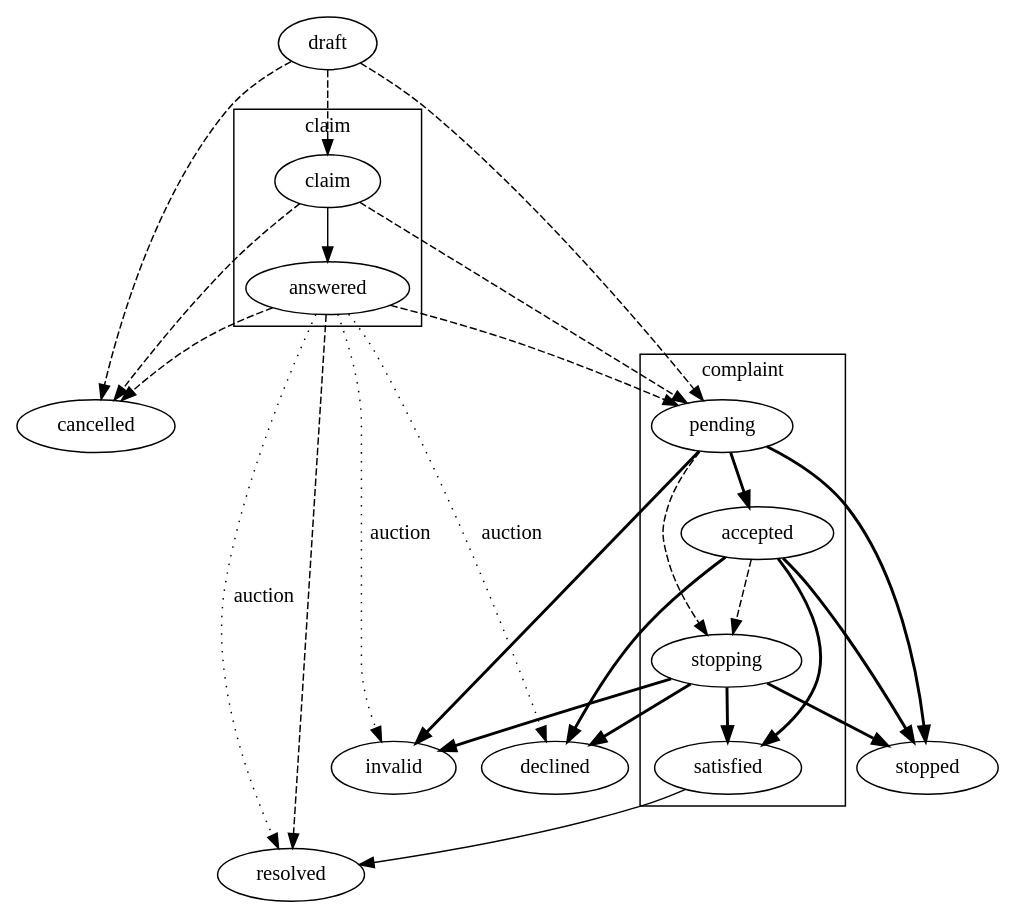
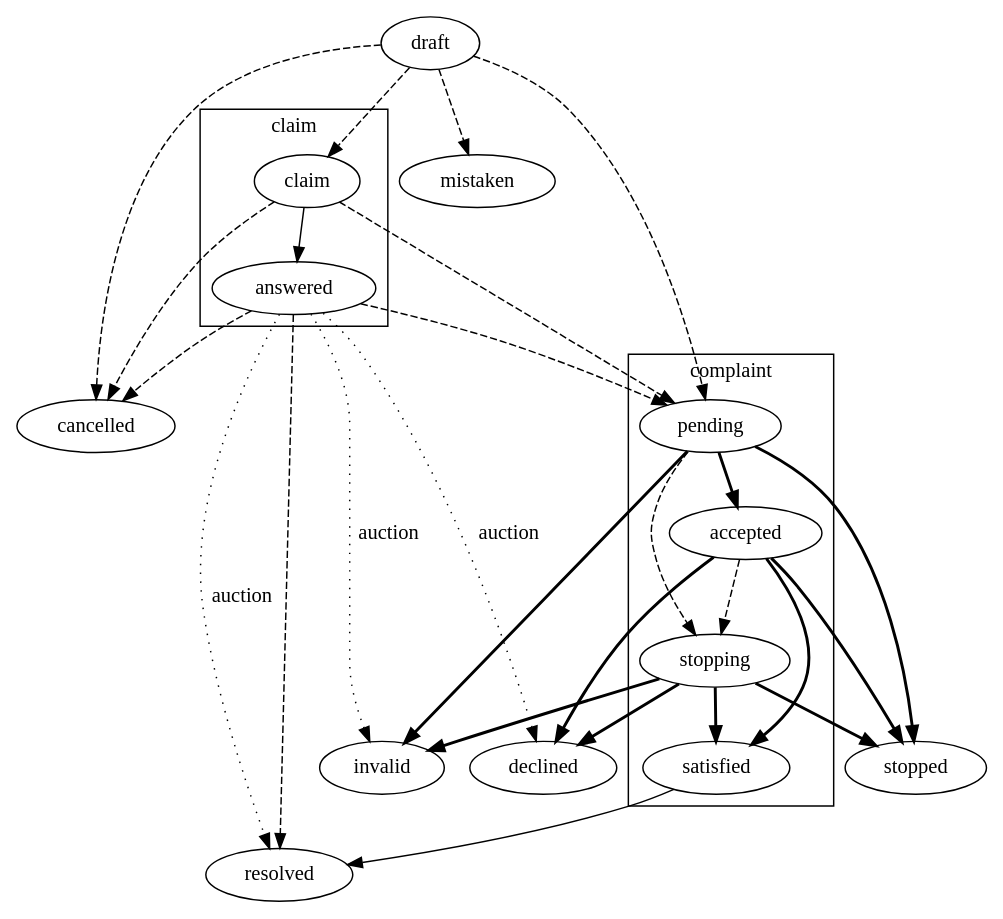
One commit to ProzorroUKR/openprocurement.api changed the first of 3 diagrams in docs/source/tendering/competitivedialogue/complaints.rst. Above: the diagram before and after it, drawn with Graphviz. The commit also changed other lines of this file and 189 other files, not shown here.

```diff
--- a/docs/source/tendering/competitivedialogue/complaints.rst
+++ b/docs/source/tendering/competitivedialogue/complaints.rst
@@ -16,27 +16,27 @@
 .. graphviz::
 
     digraph G {
         subgraph cluster_claim {
             label = "claim";
             claim; answered;
         }
         subgraph cluster_complaint {
             label = "complaint";
             pending; satisfied; accepted; stopping;
         }
         claim -> answered;
         satisfied -> resolved;
         edge[style=dashed];
         answered -> {pending,resolved};
-        draft -> {claim,pending};
+        draft -> {claim,pending,mistaken};
         claim -> pending;
         {draft,claim,answered} -> cancelled;
         pending -> stopping;
         accepted -> stopping;
         edge[style=bold];
         accepted -> {declined,satisfied,stopped};
         pending -> {accepted,invalid,stopped};
         stopping -> {stopped,invalid,declined,satisfied};
         edge[label="auction" style=dotted];
         answered -> {declined,resolved,invalid};
     }
```
